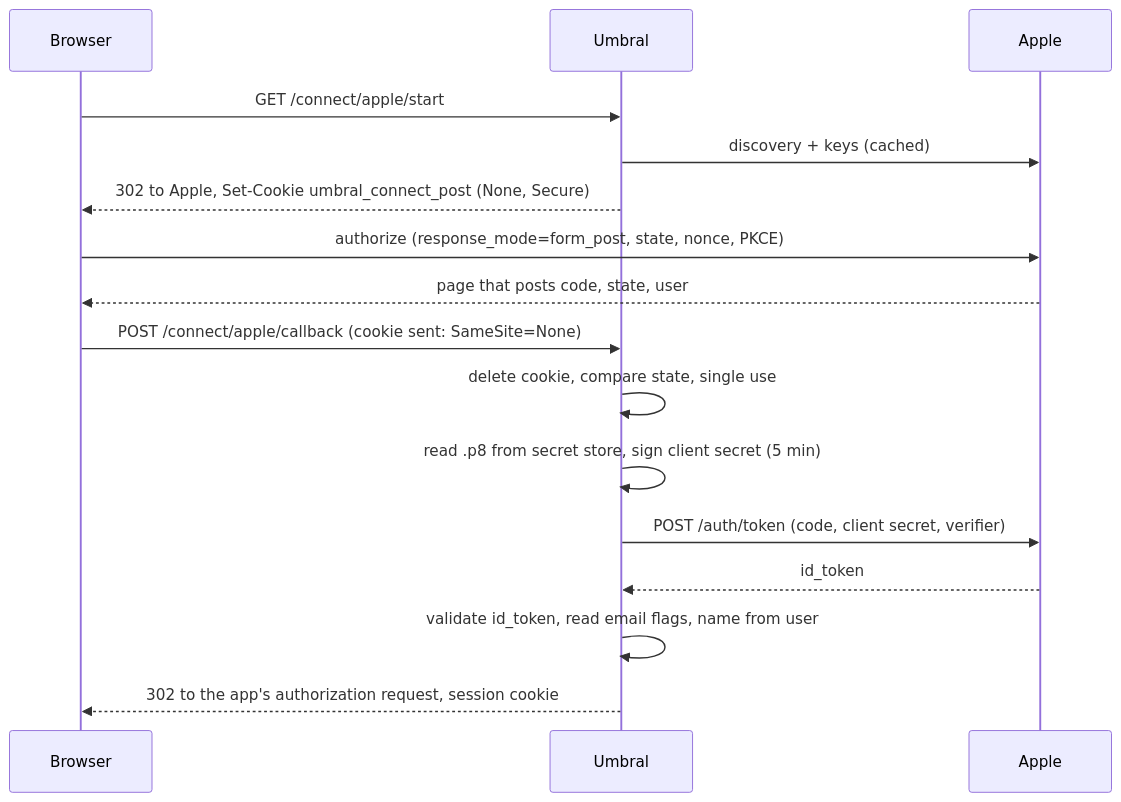
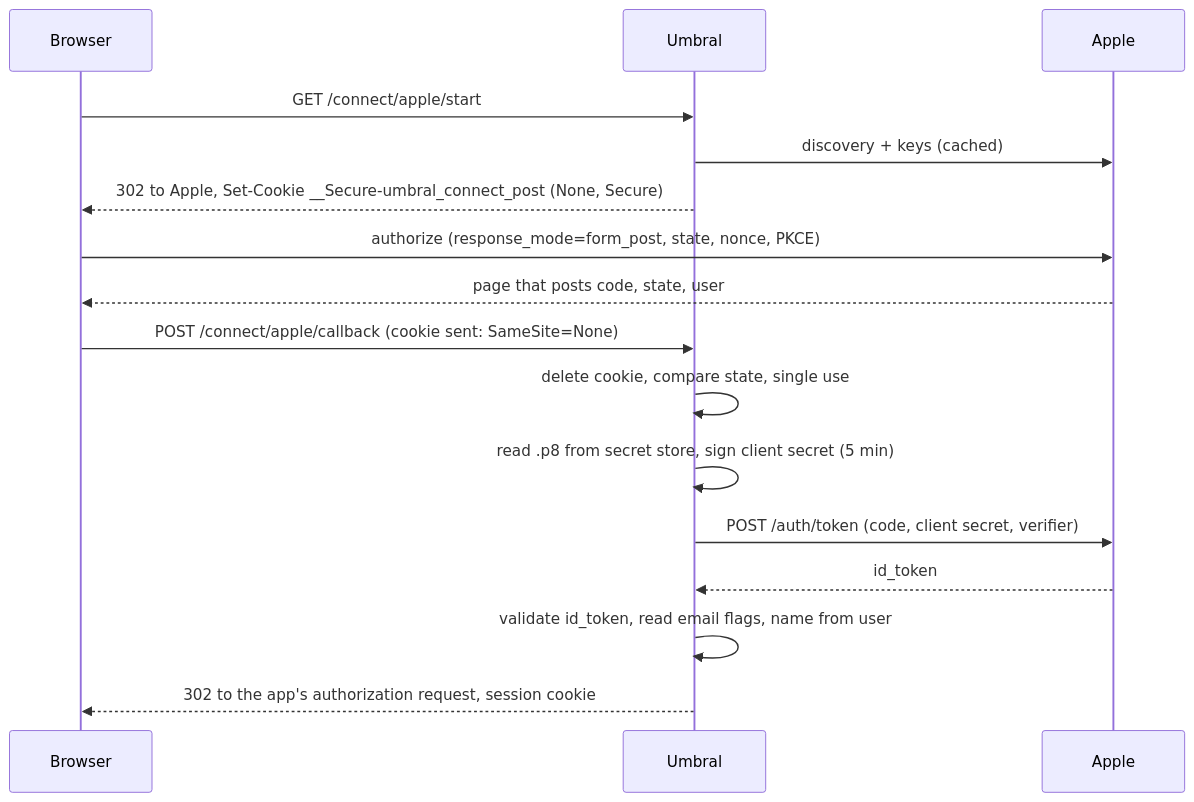
Before and after one commit to Cosmic-Chimps/umbral: the diagram in specs/013-apple-connector/plan.md, drawn with Mermaid. The commit also changed 13 other files, not shown here.

````diff
--- a/specs/013-apple-connector/plan.md
+++ b/specs/013-apple-connector/plan.md
@@ -41,18 +41,18 @@
 ```mermaid
 sequenceDiagram
     participant B as Browser
     participant U as Umbral
     participant A as Apple
     B->>U: GET /connect/apple/start
     U->>A: discovery + keys (cached)
-    U-->>B: 302 to Apple, Set-Cookie umbral_connect_post (None, Secure)
+    U-->>B: 302 to Apple, Set-Cookie __Secure-umbral_connect_post (None, Secure)
     B->>A: authorize (response_mode=form_post, state, nonce, PKCE)
     A-->>B: page that posts code, state, user
     B->>U: POST /connect/apple/callback (cookie sent: SameSite=None)
     U->>U: delete cookie, compare state, single use
     U->>U: read .p8 from secret store, sign client secret (5 min)
     U->>A: POST /auth/token (code, client secret, verifier)
     A-->>U: id_token
     U->>U: validate id_token, read email flags, name from user
     U-->>B: 302 to the app's authorization request, session cookie
 ```
````
